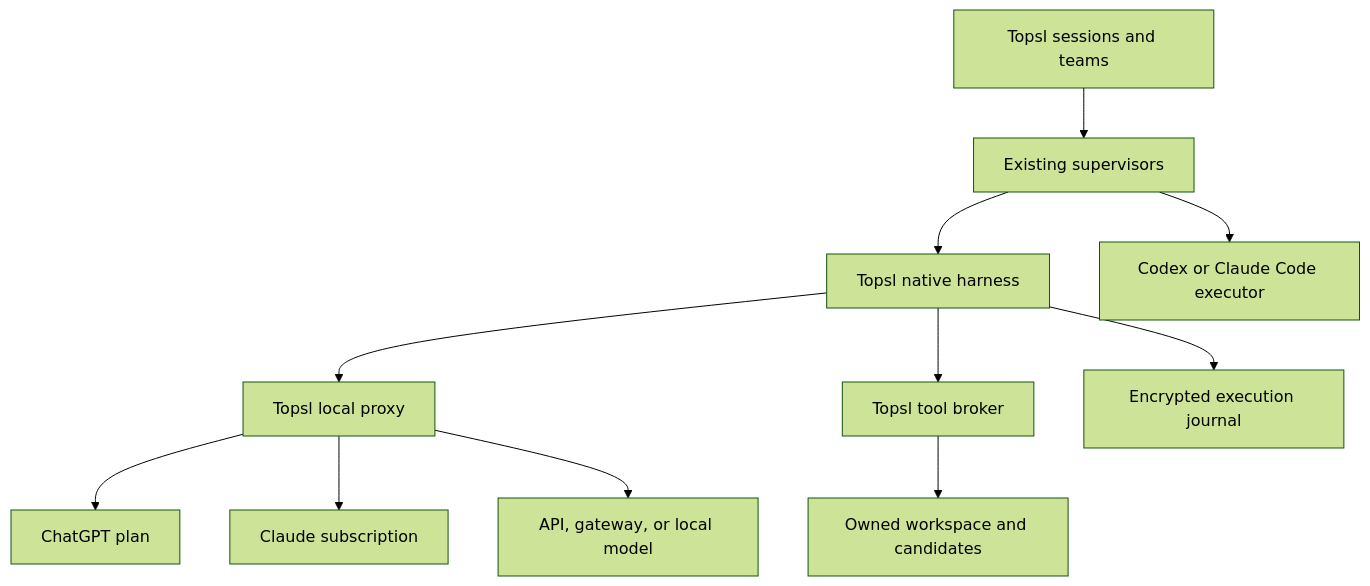
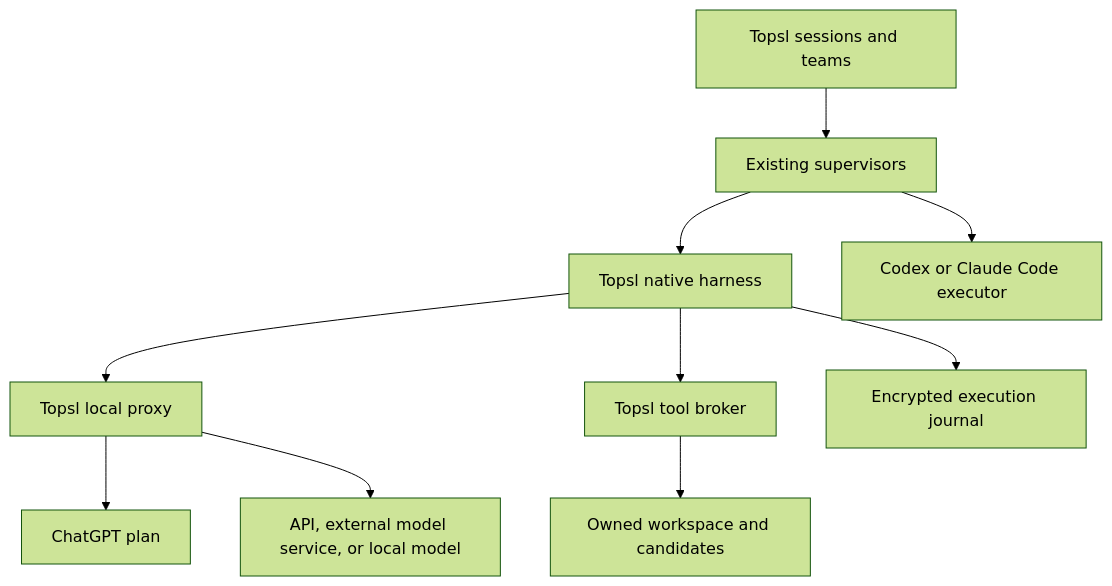
The diagram in docs/Native_Harness_Plan.md (Piore-Galore/Topsl), drawn with Mermaid (forest theme) before and after one commit. The commit also changed other lines of this file and 33 other files, not shown here.

First line of the commit message:
Retire the direct Claude plan connection and support external model services

````diff
--- a/docs/Native_Harness_Plan.md
+++ b/docs/Native_Harness_Plan.md
@@ -58,13 +80,12 @@
 ```mermaid
 flowchart TD
     UI[Topsl sessions and teams] --> SUP[Existing supervisors]
     SUP --> HARNESS[Topsl native harness]
     SUP --> VENDOR[Codex or Claude Code executor]
     HARNESS --> PROXY[Topsl local proxy]
     HARNESS --> TOOLS[Topsl tool broker]
     PROXY --> GPT[ChatGPT plan]
-    PROXY --> CLAUDE[Claude subscription]
-    PROXY --> OTHER[API, gateway, or local model]
+    PROXY --> OTHER[API, external model service, or local model]
     TOOLS --> WORK[Owned workspace and candidates]
     HARNESS --> JOURNAL[Encrypted execution journal]
 ```
````
